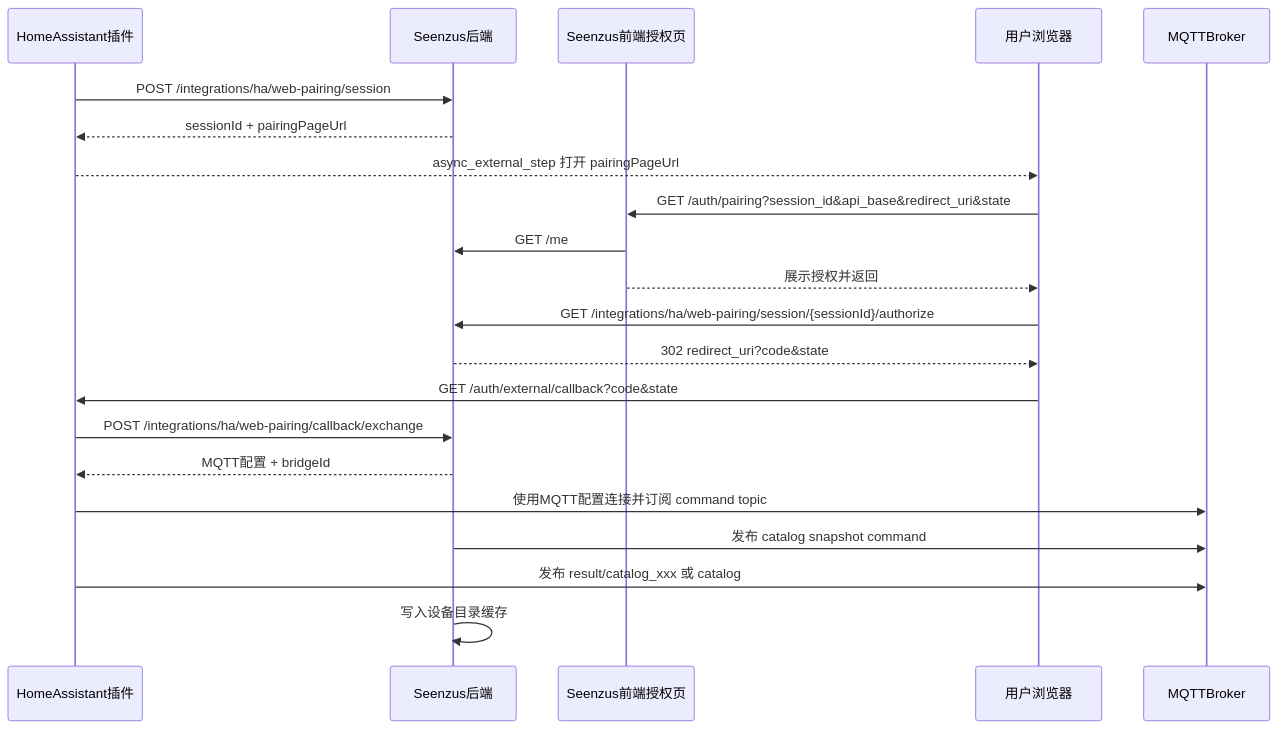
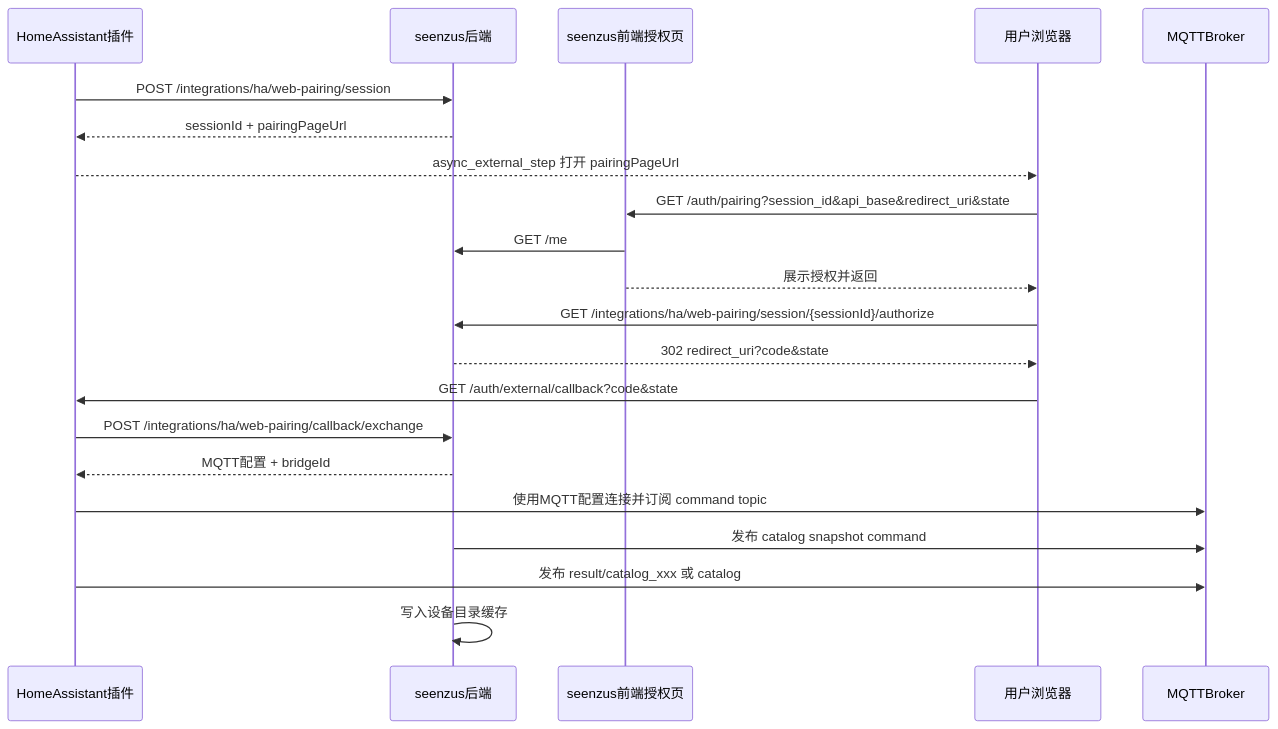
Before and after one commit to walllbf/seenzus-mqtt-bridge: the diagram in docs/quick-pair-flow.zh-CN.md, drawn with Mermaid. The commit also changed other lines of this file and 11 other files, not shown here.

````diff
--- a/docs/quick-pair-flow.zh-CN.md
+++ b/docs/quick-pair-flow.zh-CN.md
@@ -21,24 +16,24 @@
 ```mermaid
 sequenceDiagram
     participant HA as HomeAssistant插件
-    participant API as Seenzus后端
-    participant Web as Seenzus前端授权页
+    participant API as seenzus后端
+    participant Web as seenzus前端授权页
     participant Browser as 用户浏览器
     participant MQTT as MQTTBroker
 
     HA->>API: POST /integrations/ha/web-pairing/session
     API-->>HA: sessionId + pairingPageUrl
     HA-->>Browser: async_external_step 打开 pairingPageUrl
     Browser->>Web: GET /auth/pairing?session_id&api_base&redirect_uri&state
     Web->>API: GET /me
     Web-->>Browser: 展示授权并返回
     Browser->>API: GET /integrations/ha/web-pairing/session/{sessionId}/authorize
     API-->>Browser: 302 redirect_uri?code&state
     Browser->>HA: GET /auth/external/callback?code&state
     HA->>API: POST /integrations/ha/web-pairing/callback/exchange
     API-->>HA: MQTT配置 + bridgeId
     HA->>MQTT: 使用MQTT配置连接并订阅 command topic
     API->>MQTT: 发布 catalog snapshot command
     HA->>MQTT: 发布 result/catalog_xxx 或 catalog
     API->>API: 写入设备目录缓存
 ```
````
